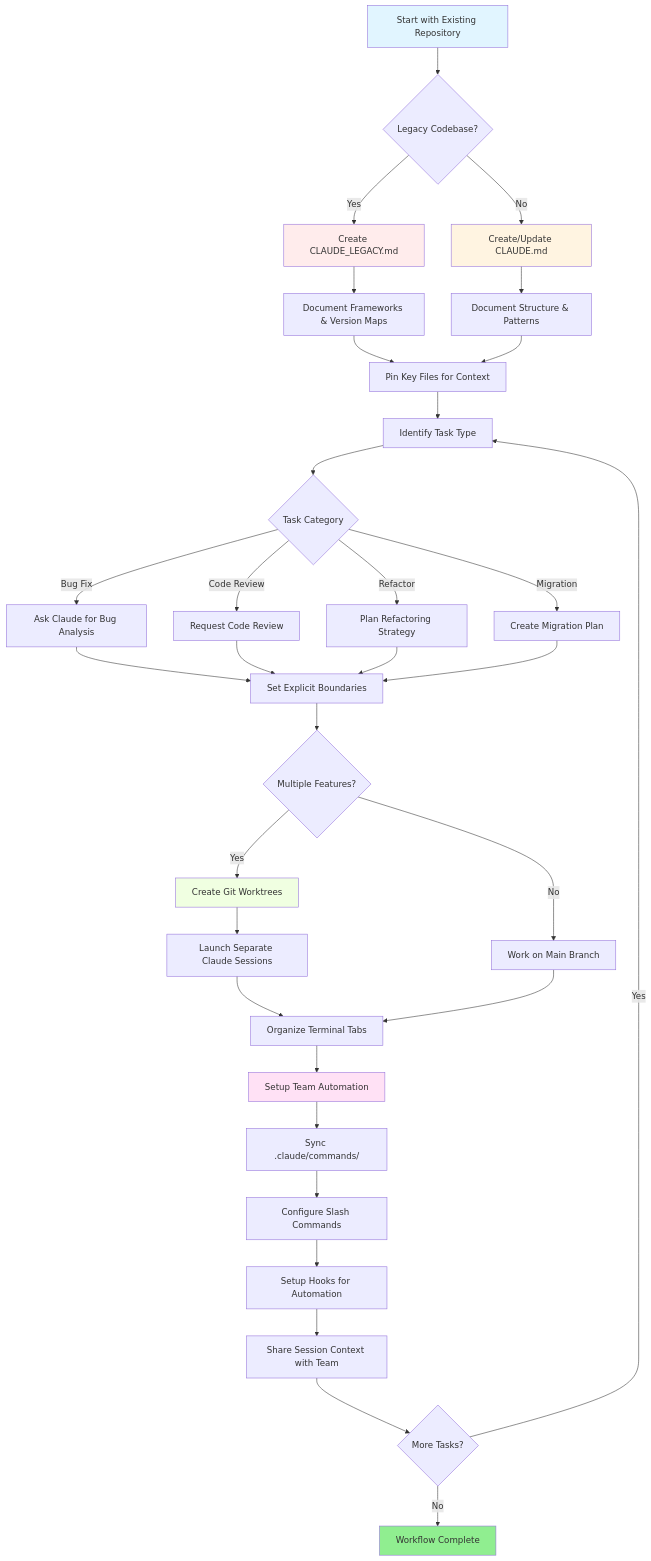
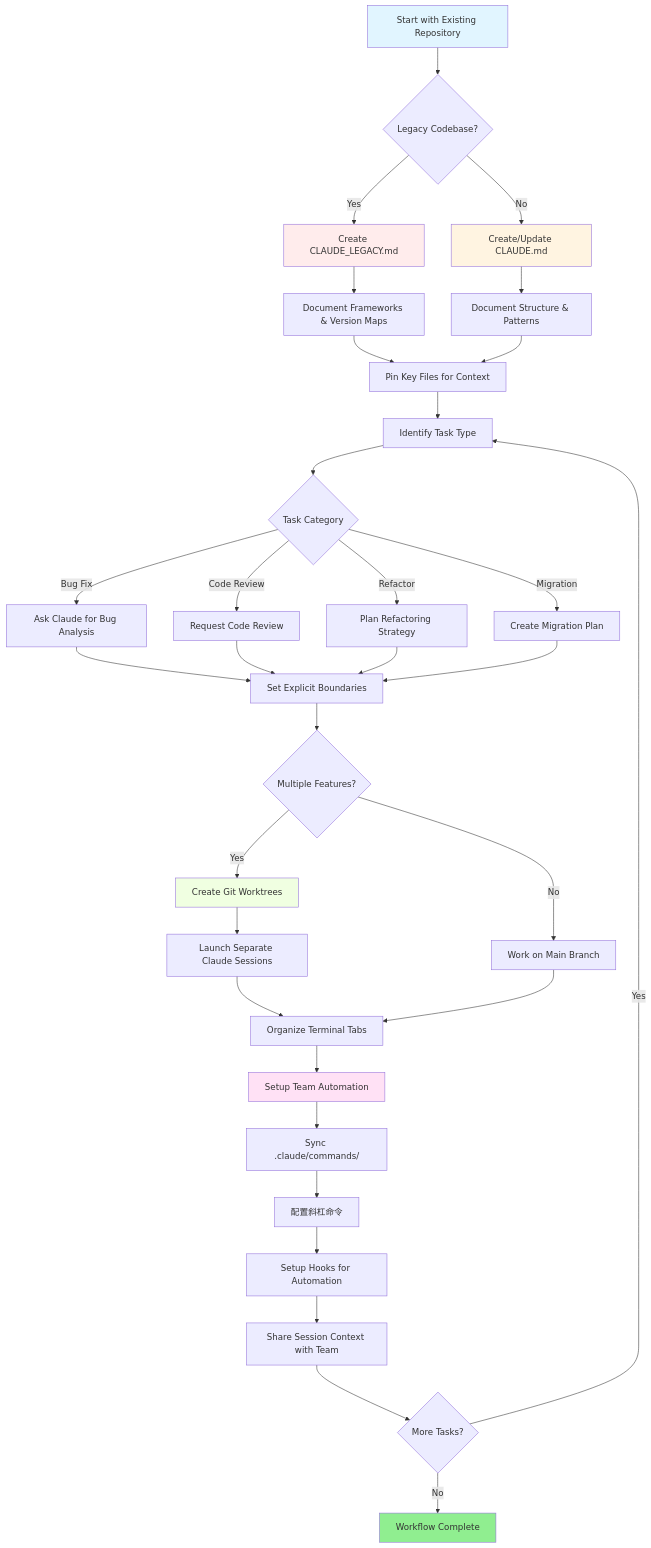
Before and after one commit to tanqingkuang/claude-howto: the second of 2 diagrams in resources-CN.md, drawn with Mermaid. The commit also changed other lines of this file and 84 other files, not shown here.

````diff
--- a/resources-CN.md
+++ b/resources-CN.md
@@ -174,46 +174,46 @@
 ```mermaid
 graph TD
     A[Start with Existing Repository] --> B{Legacy Codebase?}
     B -->|Yes| C[Create CLAUDE_LEGACY.md]
     B -->|No| D[Create/Update CLAUDE.md]
     C --> E[Document Frameworks & Version Maps]
     D --> F[Document Structure & Patterns]
     E --> G[Pin Key Files for Context]
     F --> G
 
     G --> H[Identify Task Type]
     H --> I{Task Category}
     I -->|Bug Fix| J[Ask Claude for Bug Analysis]
     I -->|Code Review| K[Request Code Review]
     I -->|Refactor| L[Plan Refactoring Strategy]
     I -->|Migration| M[Create Migration Plan]
 
     J --> N[Set Explicit Boundaries]
     K --> N
     L --> N
     M --> N
 
     N --> O{Multiple Features?}
     O -->|Yes| P[Create Git Worktrees]
     O -->|No| Q[Work on Main Branch]
     P --> R[Launch Separate Claude Sessions]
     R --> S[Organize Terminal Tabs]
     Q --> S
 
     S --> T[Setup Team Automation]
     T --> U[Sync .claude/commands/]
-    U --> V[Configure Slash Commands]
+    U --> V[配置斜杠命令]
     V --> W[Setup Hooks for Automation]
     W --> X[Share Session Context with Team]
 
     X --> Y{More Tasks?}
     Y -->|Yes| H
     Y -->|No| Z[Workflow Complete]
 
     style A fill:#e1f5ff
     style C fill:#ffecec
     style D fill:#fff4e1
     style P fill:#f0ffe1
     style T fill:#ffe1f5
     style Z fill:#90EE90
 ```
````
